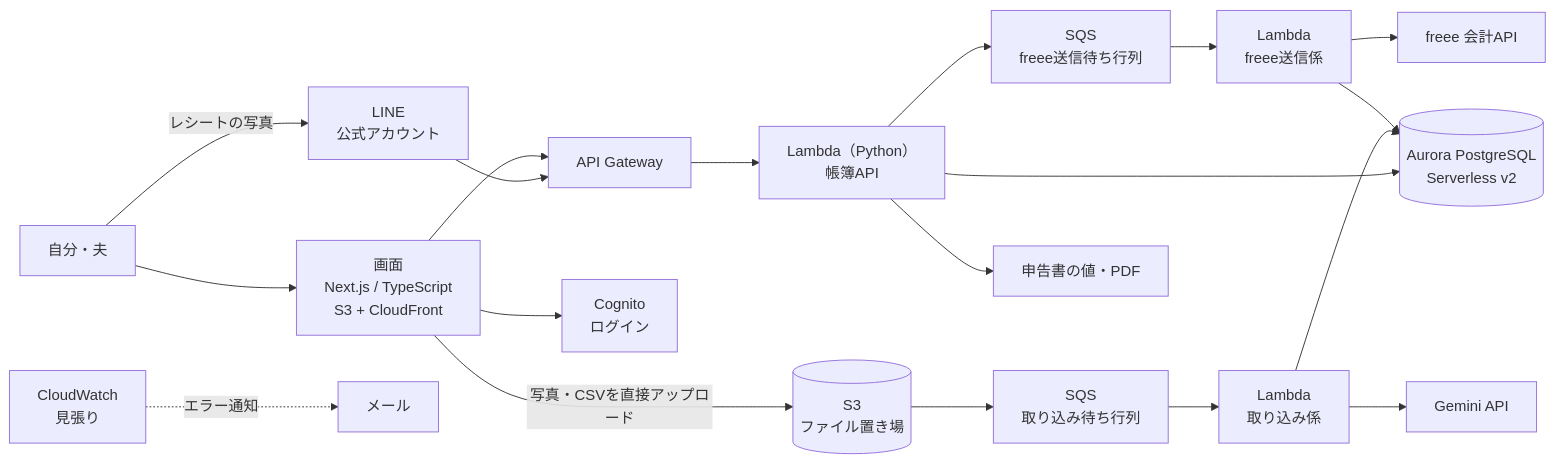
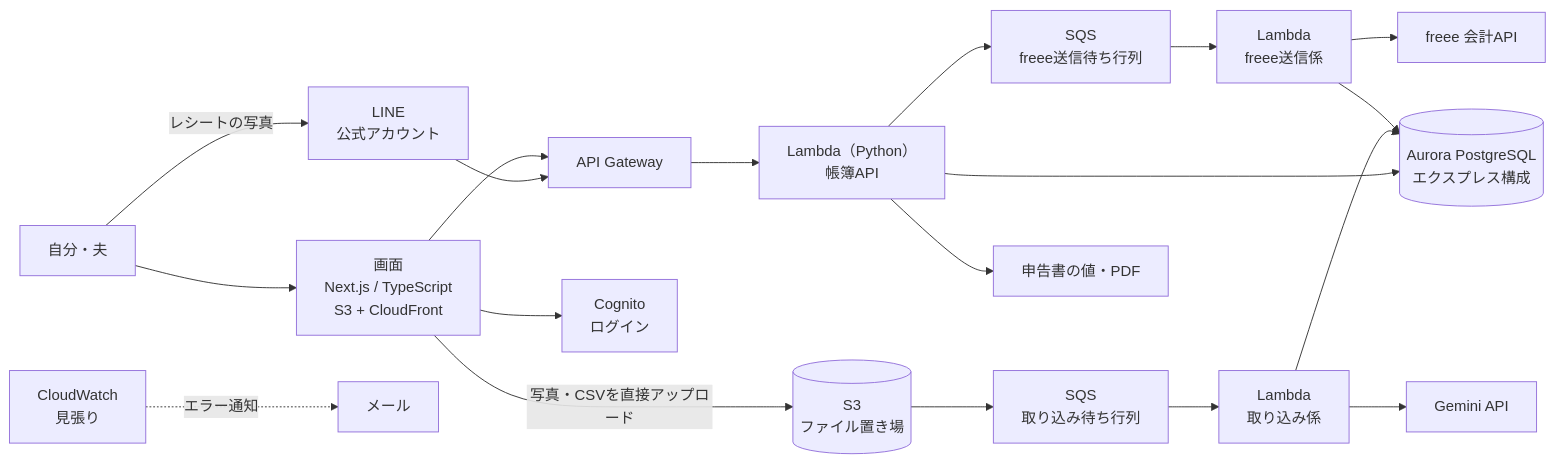
Before and after one commit to lunamoon-00/shinkoku-note: the diagram in docs/design.md, drawn with Mermaid. The commit also changed other lines of this file and 3 other files, not shown here.

````diff
--- a/docs/design.md
+++ b/docs/design.md
@@ -139,21 +139,21 @@
 ```mermaid
 flowchart LR
   U[自分・夫] -- レシートの写真 --> LINE[LINE<br/>公式アカウント]
   LINE --> API
   U --> CF[画面<br/>Next.js / TypeScript<br/>S3 + CloudFront]
   CF --> COG[Cognito<br/>ログイン]
   CF --> API[API Gateway]
   API --> L1[Lambda（Python）<br/>帳簿API]
-  L1 --> DB[(Aurora PostgreSQL<br/>Serverless v2)]
+  L1 --> DB[(Aurora PostgreSQL<br/>エクスプレス構成)]
   CF -- 写真・CSVを直接アップロード --> S3[(S3<br/>ファイル置き場)]
   S3 --> Q1[SQS<br/>取り込み待ち行列]
   Q1 --> L2[Lambda<br/>取り込み係]
   L2 --> AI[Gemini API]
   L2 --> DB
   L1 --> Q2[SQS<br/>freee送信待ち行列]
   Q2 --> L3[Lambda<br/>freee送信係]
   L3 --> FR[freee 会計API]
   L3 --> DB
   L1 --> PDF[申告書の値・PDF]
   CW[CloudWatch<br/>見張り] -.エラー通知.-> MAIL[メール]
 ```
````
